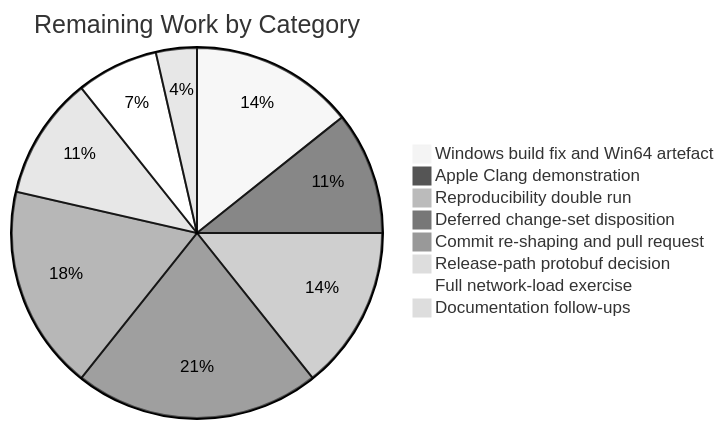
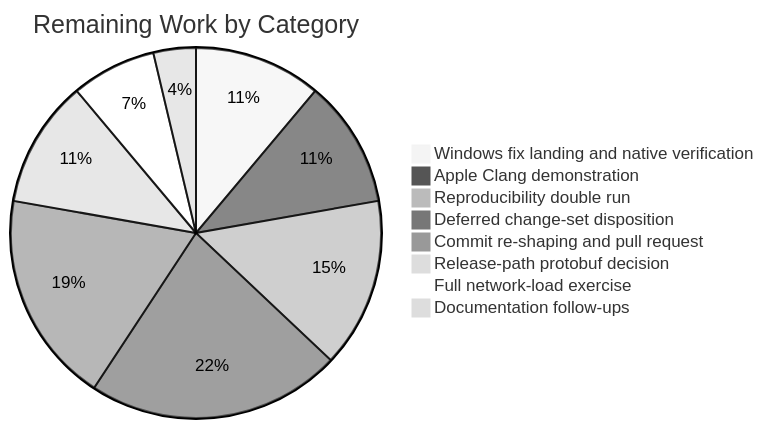
The third of 4 diagrams in blitzy/documentation/Project Guide.md (monero-project/monero), drawn with Mermaid (neutral theme) before and after one commit. The commit also changed other lines of this file, not shown here.

````diff
--- a/blitzy/documentation/Project Guide.md
+++ b/blitzy/documentation/Project Guide.md
@@ -1302,11 +1555,11 @@
 ```mermaid
 pie title Remaining Work by Category
-    "Windows build fix and Win64 artefact" : 8
+    "Windows fix landing and native verification" : 6
     "Apple Clang demonstration" : 6
     "Reproducibility double run" : 8
     "Deferred change-set disposition" : 12
     "Commit re-shaping and pull request" : 10
     "Release-path protobuf decision" : 6
     "Full network-load exercise" : 4
     "Documentation follow-ups" : 2
 ```
````
